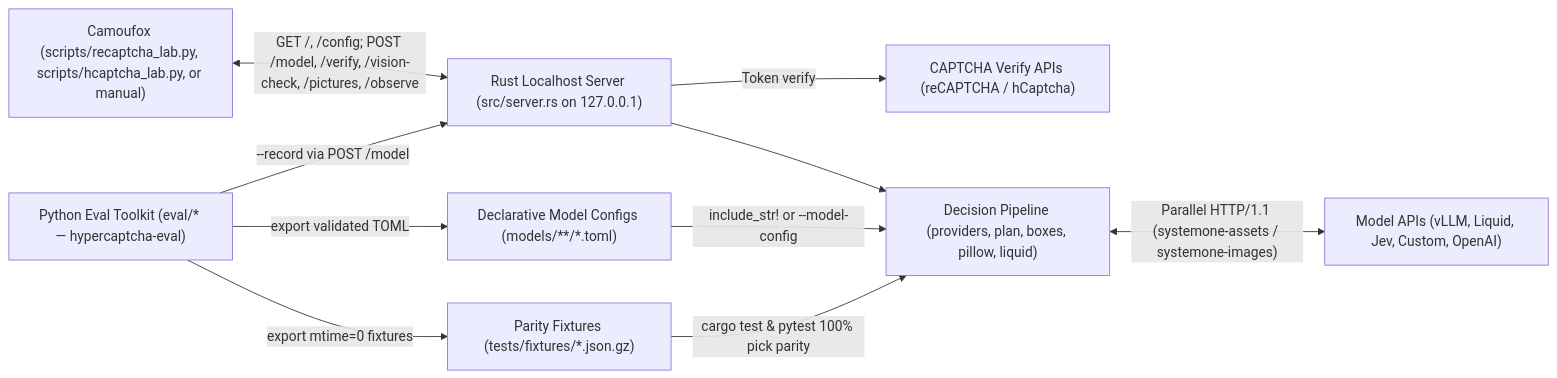
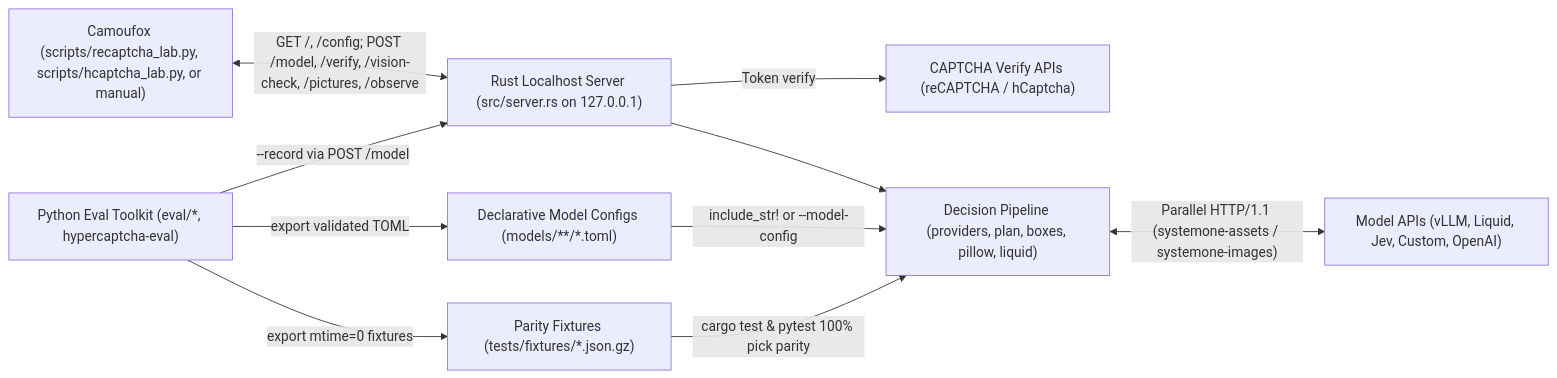
Before and after one commit to eyenoticeall/HyperCaptcha: the first of 2 diagrams in docs/ARCHITECTURE.md, drawn with Mermaid. The commit also changed other lines of this file and 5 other files, not shown here.

````diff
--- a/docs/ARCHITECTURE.md
+++ b/docs/ARCHITECTURE.md
@@ -8,21 +8,21 @@
 ```mermaid
 flowchart LR
     Browser["Camoufox (scripts/recaptcha_lab.py, scripts/hcaptcha_lab.py, or manual)"]
     Server["Rust Localhost Server (src/server.rs on 127.0.0.1)"]
     Verify["CAPTCHA Verify APIs (reCAPTCHA / hCaptcha)"]
     Pipeline["Decision Pipeline (providers, plan, boxes, pillow, liquid)"]
     Models["Model APIs (vLLM, Liquid, Jev, Custom, OpenAI)"]
     Toml["Declarative Model Configs (models/**/*.toml)"]
-    Eval["Python Eval Toolkit (eval/* — hypercaptcha-eval)"]
+    Eval["Python Eval Toolkit (eval/*, hypercaptcha-eval)"]
     Fixtures["Parity Fixtures (tests/fixtures/*.json.gz)"]
 
     Browser <-->|"GET /, /config; POST /model, /verify, /vision-check, /pictures, /observe"| Server
     Server -->|"Token verify"| Verify
     Server --> Pipeline
     Toml -->|"include_str! or --model-config"| Pipeline
     Pipeline <-->|"Parallel HTTP/1.1 (systemone-assets / systemone-images)"| Models
     Eval -->|"--record via POST /model"| Server
     Eval -->|"export validated TOML"| Toml
     Eval -->|"export mtime=0 fixtures"| Fixtures
     Fixtures -->|"cargo test & pytest 100% pick parity"| Pipeline
 ```
````
